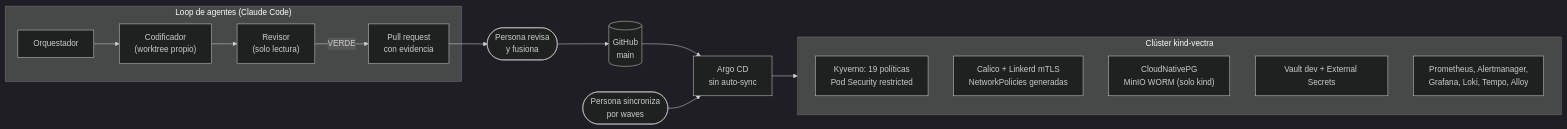
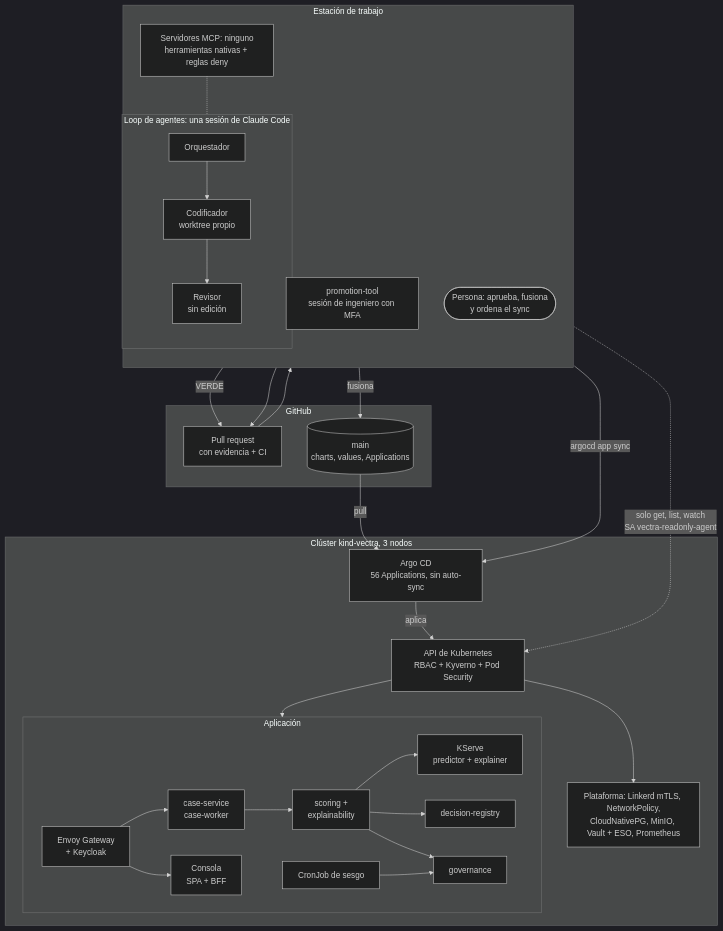
One commit to jjlloobb/topicos-especiales-credito-de-vivienda changed the diagram in README.md. Above: the diagram before and after it, drawn with Mermaid (dark theme). The commit also changed other lines of this file and 3 other files, not shown here.

````diff
--- a/README.md
+++ b/README.md
@@ -32,21 +46,46 @@
 ```mermaid
-flowchart LR
-    subgraph Loop["Loop de agentes (Claude Code)"]
-        O["Orquestador"] --> C["Codificador<br/>(worktree propio)"]
-        C --> R["Revisor<br/>(solo lectura)"]
-        R -->|VERDE| PR["Pull request<br/>con evidencia"]
+flowchart TB
+    subgraph EST["Estación de trabajo"]
+        direction TB
+        subgraph LOOP["Loop de agentes: una sesión de Claude Code"]
+            ORQ["Orquestador"] --> COD["Codificador<br/>worktree propio"]
+            COD --> REV["Revisor<br/>sin edición"]
+        end
+        MCP["Servidores MCP: ninguno<br/>herramientas nativas + reglas deny"]
+        PT["promotion-tool<br/>sesión de ingeniero con MFA"]
+        PERS(["Persona: aprueba, fusiona<br/>y ordena el sync"])
     end
-    PR --> H(["Persona revisa<br/>y fusiona"])
-    H --> G[("GitHub<br/>main")]
-    G --> A["Argo CD<br/>sin auto-sync"]
-    P(["Persona sincroniza<br/>por waves"]) --> A
-    A --> K
-    subgraph K["Clúster kind-vectra"]
-        direction TB
-        Pol["Kyverno: 19 políticas<br/>Pod Security restricted"]
-        Mesh["Calico + Linkerd mTLS<br/>NetworkPolicies generadas"]
-        Data["CloudNativePG<br/>MinIO WORM (solo kind)"]
-        Sec["Vault dev + External Secrets"]
-        Obs["Prometheus, Alertmanager,<br/>Grafana, Loki, Tempo, Alloy"]
+
+    subgraph GH["GitHub"]
+        PR["Pull request<br/>con evidencia + CI"]
+        MAIN[("main<br/>charts, values, Applications")]
     end
+
+    subgraph K8S["Clúster kind-vectra, 3 nodos"]
+        API["API de Kubernetes<br/>RBAC + Kyverno + Pod Security"]
+        ARGO["Argo CD<br/>56 Applications, sin auto-sync"]
+        subgraph APP["Aplicación"]
+            direction LR
+            GW["Envoy Gateway<br/>+ Keycloak"] --> CASE["case-service<br/>case-worker"]
+            GW --> CON["Consola<br/>SPA + BFF"]
+            CASE --> SCO["scoring +<br/>explainability"]
+            SCO --> KS["KServe<br/>predictor + explainer"]
+            SCO --> REG["decision-registry"]
+            SCO --> GOV["governance"]
+            BIAS["CronJob de sesgo"] --> GOV
+        end
+        PLAT["Plataforma: Linkerd mTLS, NetworkPolicy,<br/>CloudNativePG, MinIO, Vault + ESO, Prometheus"]
+    end
+
+    REV -->|VERDE| PR
+    PT --> PR
+    PR --> PERS
+    PERS -->|fusiona| MAIN
+    MAIN -->|pull| ARGO
+    PERS -->|"argocd app sync"| ARGO
+    ARGO -->|aplica| API
+    API --> APP
+    API --> PLAT
+    LOOP -.->|"solo get, list, watch<br/>SA vectra-readonly-agent"| API
+    MCP -.- LOOP
 ```
````
